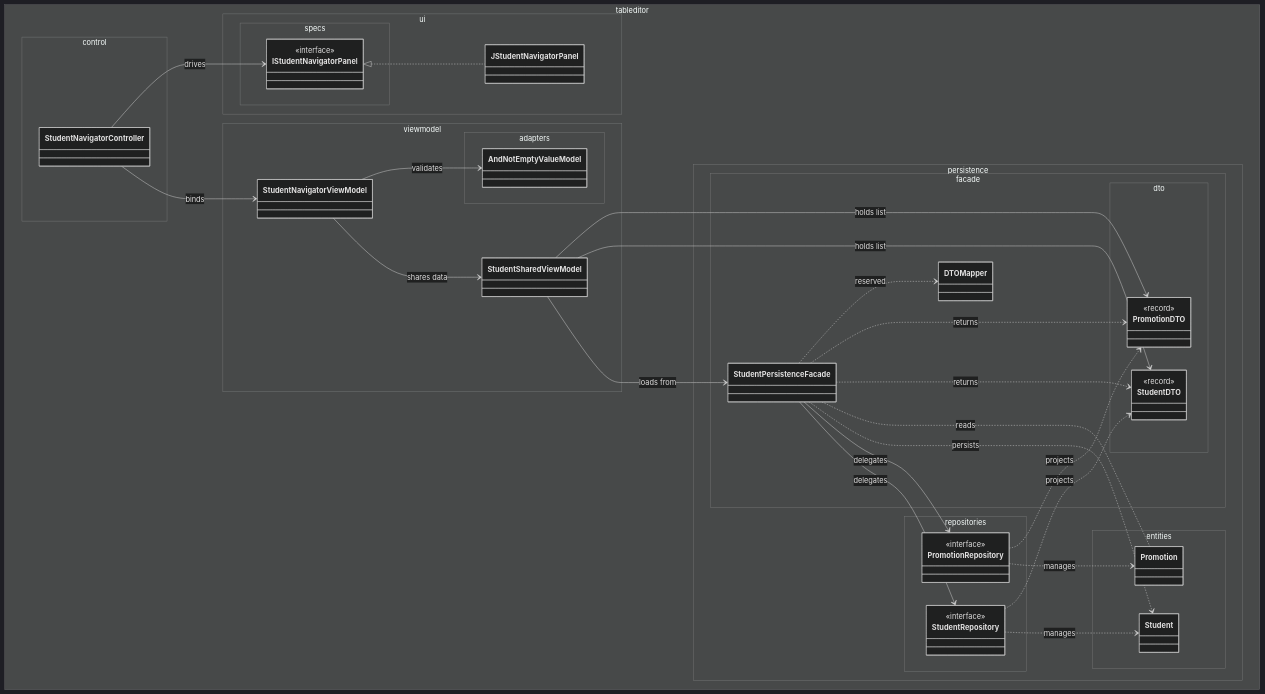
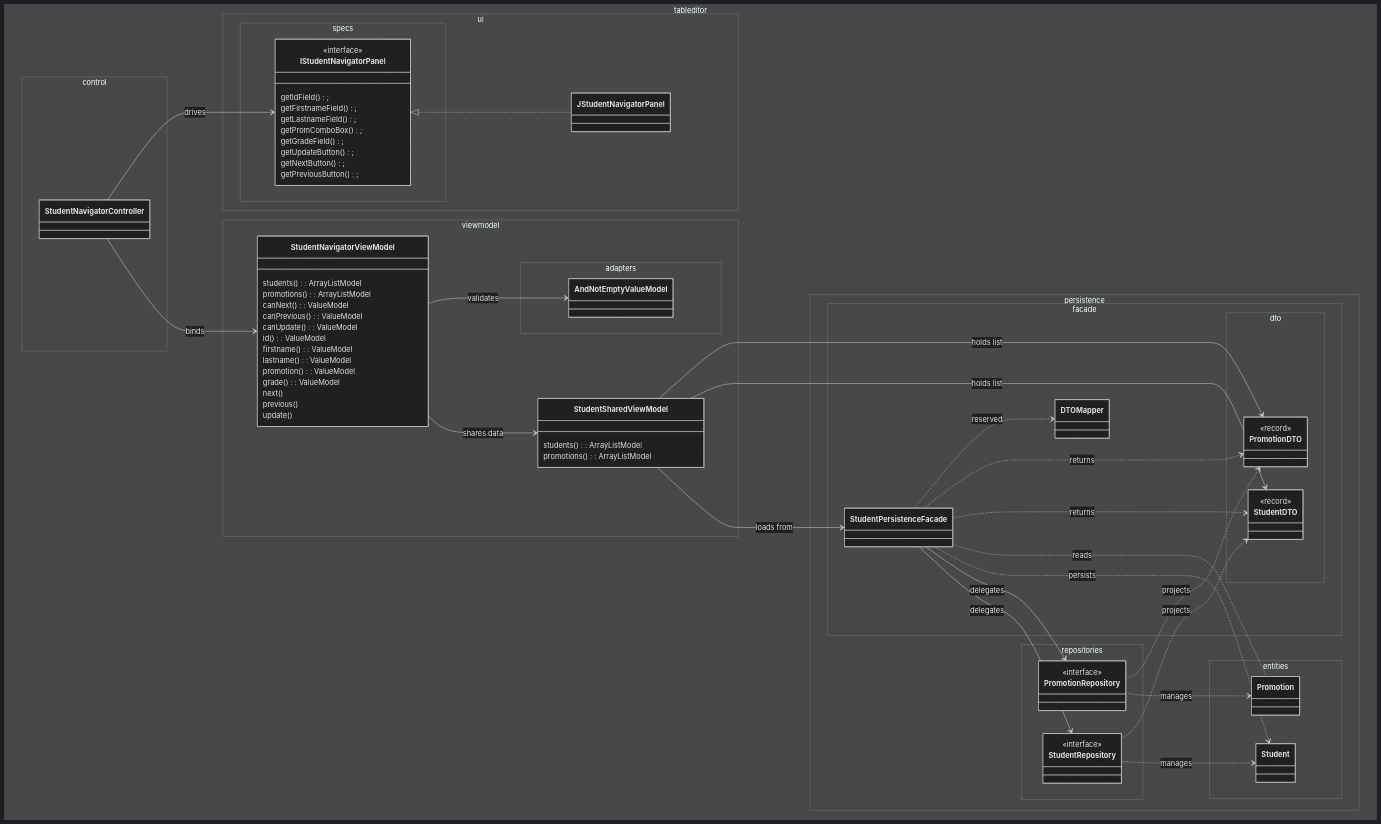
The diagram in editor-jgoodies/README.md (rosmord/swing-model-view-controller-example), drawn with Mermaid (dark theme) before and after one commit. The commit also changed other lines of this file, not shown here.

Commit message:
small schema improvement

```diff
--- a/editor-jgoodies/README.md
+++ b/editor-jgoodies/README.md
@@ -59,6 +65,14 @@
 		
 		class IStudentNavigatorPanel {
 			<<interface>>
+             getIdField();
+             getFirstnameField();
+             getLastnameField();
+             getPromComboBox();
+             getGradeField();
+             getUpdateButton();
+             getNextButton();
+             getPreviousButton();
 		}
 	}
 
@@ -67,8 +81,25 @@
 	}
 
 	namespace tableditor.viewmodel {
-		class StudentSharedViewModel
-		class StudentNavigatorViewModel
+		class StudentSharedViewModel {
+            students(): ArrayListModel<StudentDTO> 
+            promotions(): ArrayListModel<PromotionDTO>
+        }
+		class StudentNavigatorViewModel {
+            students(): ArrayListModel<StudentDTO> 
+            promotions(): ArrayListModel<PromotionDTO>
+            canNext(): ValueModel
+            canPrevious(): ValueModel
+            canUpdate(): ValueModel
+            id(): ValueModel
+            firstname(): ValueModel
+            lastname(): ValueModel
+            promotion(): ValueModel
+            grade(): ValueModel
+            next()
+            previous()
+            update()
+        }
 	}
 
 	namespace tableditor.viewmodel.adapters {
```
